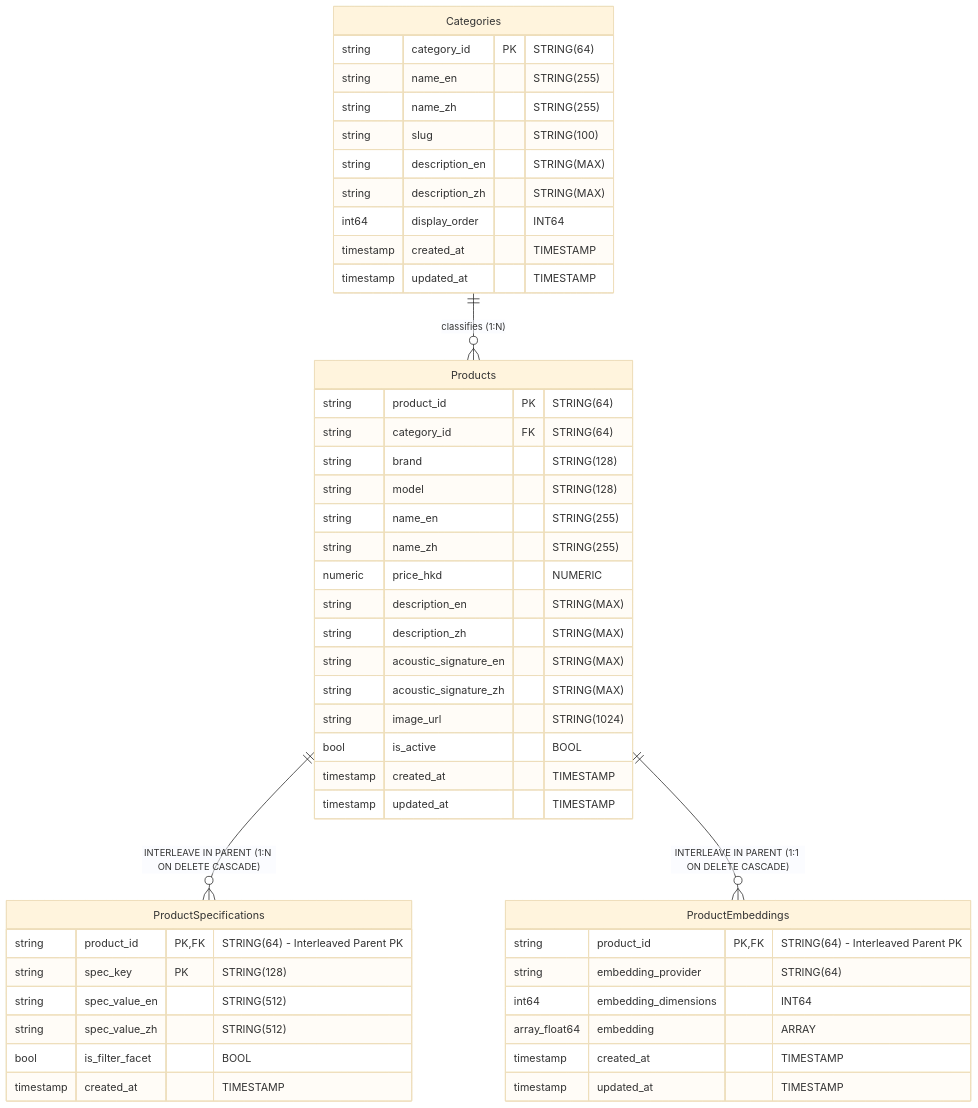
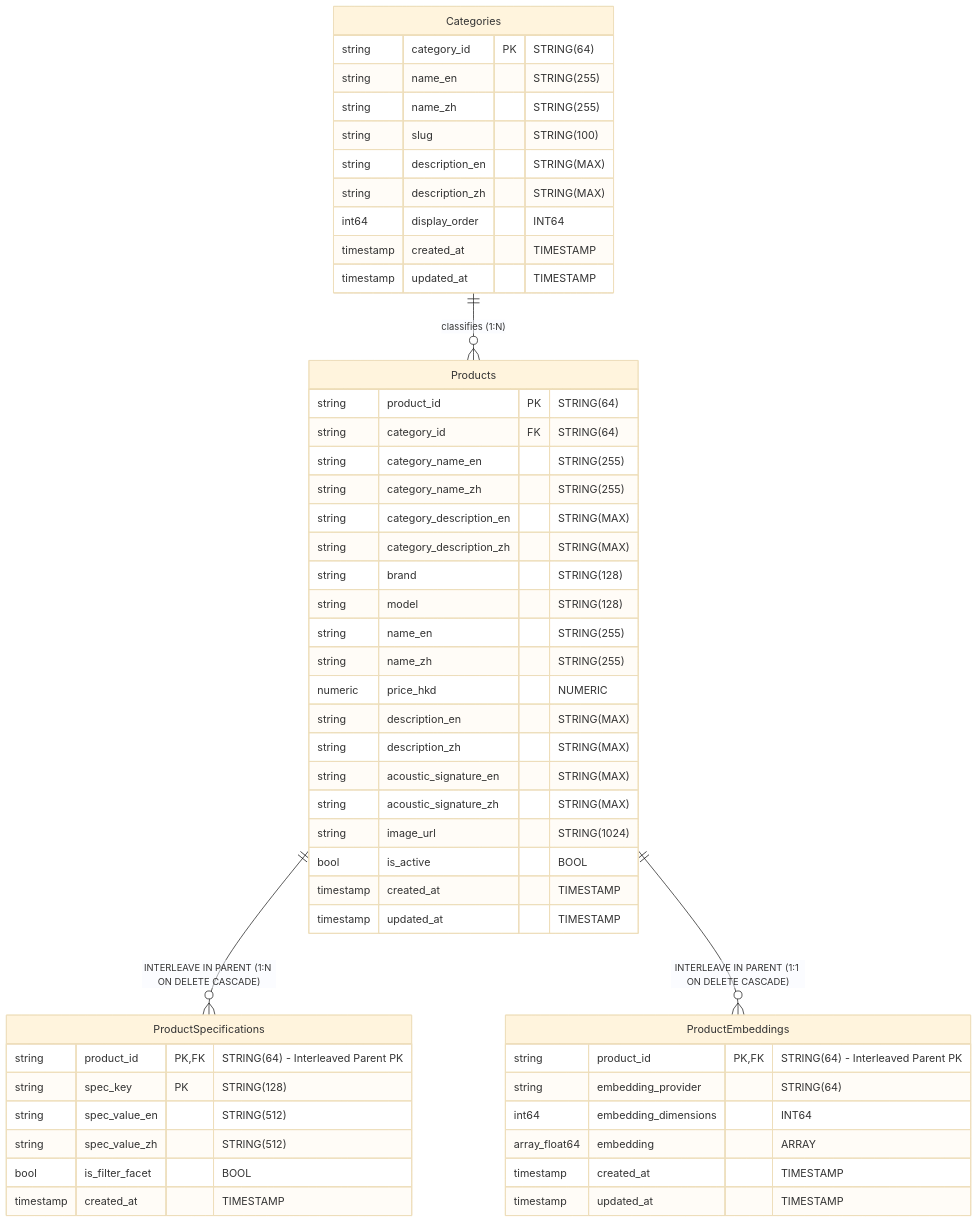
One commit to kkmbryan/hifi-shop-demo changed the diagram in docs/hifi_shop_database_schema.md. Above: the diagram before and after it, drawn with Mermaid (base theme). The commit also changed other lines of this file and 12 other files, not shown here.

First line of the commit message:
feat(search): optimize Cloud Spanner bilingual FTS and flattened category schema

````diff
--- a/docs/hifi_shop_database_schema.md
+++ b/docs/hifi_shop_database_schema.md
@@ -34,54 +34,58 @@
 ```mermaid
 erDiagram
     Categories ||--o{ Products : "classifies (1:N)"
     Products ||--o{ ProductSpecifications : "INTERLEAVE IN PARENT (1:N ON DELETE CASCADE)"
     Products ||--o{ ProductEmbeddings : "INTERLEAVE IN PARENT (1:1 ON DELETE CASCADE)"
 
     Categories {
         string category_id PK "STRING(64)"
         string name_en "STRING(255)"
         string name_zh "STRING(255)"
         string slug "STRING(100)"
         string description_en "STRING(MAX)"
         string description_zh "STRING(MAX)"
         int64 display_order "INT64"
         timestamp created_at "TIMESTAMP"
         timestamp updated_at "TIMESTAMP"
     }
 
     Products {
         string product_id PK "STRING(64)"
         string category_id FK "STRING(64)"
+        string category_name_en "STRING(255)"
+        string category_name_zh "STRING(255)"
+        string category_description_en "STRING(MAX)"
+        string category_description_zh "STRING(MAX)"
         string brand "STRING(128)"
         string model "STRING(128)"
         string name_en "STRING(255)"
         string name_zh "STRING(255)"
         numeric price_hkd "NUMERIC"
         string description_en "STRING(MAX)"
         string description_zh "STRING(MAX)"
         string acoustic_signature_en "STRING(MAX)"
         string acoustic_signature_zh "STRING(MAX)"
         string image_url "STRING(1024)"
         bool is_active "BOOL"
         timestamp created_at "TIMESTAMP"
         timestamp updated_at "TIMESTAMP"
     }
 
     ProductSpecifications {
         string product_id PK, FK "STRING(64) - Interleaved Parent PK"
         string spec_key PK "STRING(128)"
         string spec_value_en "STRING(512)"
         string spec_value_zh "STRING(512)"
         bool is_filter_facet "BOOL"
         timestamp created_at "TIMESTAMP"
     }
 
     ProductEmbeddings {
         string product_id PK, FK "STRING(64) - Interleaved Parent PK"
         string embedding_provider "STRING(64)"
         int64 embedding_dimensions "INT64"
         array_float64 embedding "ARRAY<FLOAT64>"
         timestamp created_at "TIMESTAMP"
         timestamp updated_at "TIMESTAMP"
     }
 ```
````
